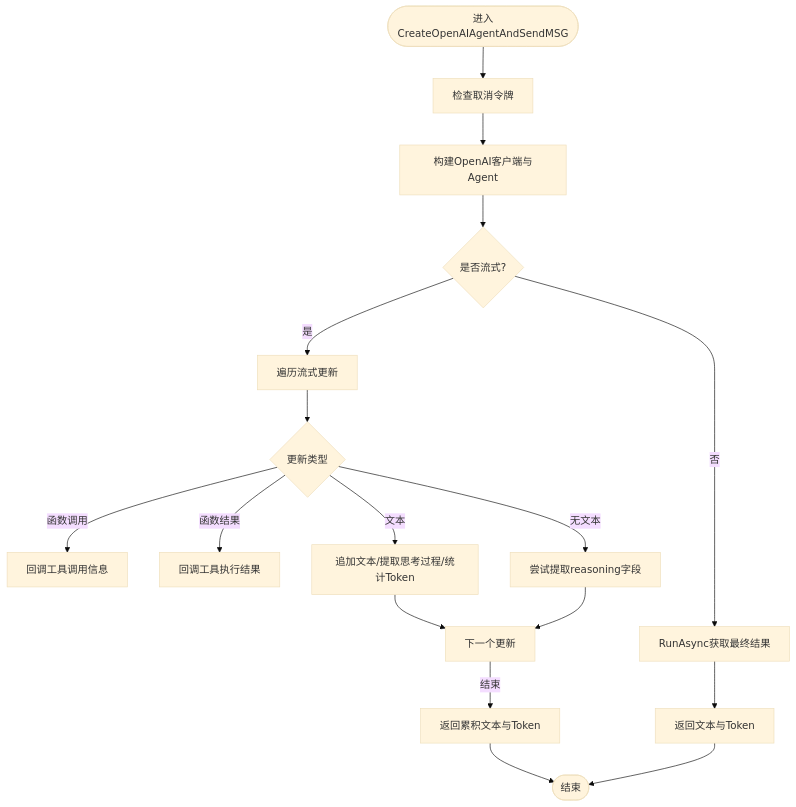
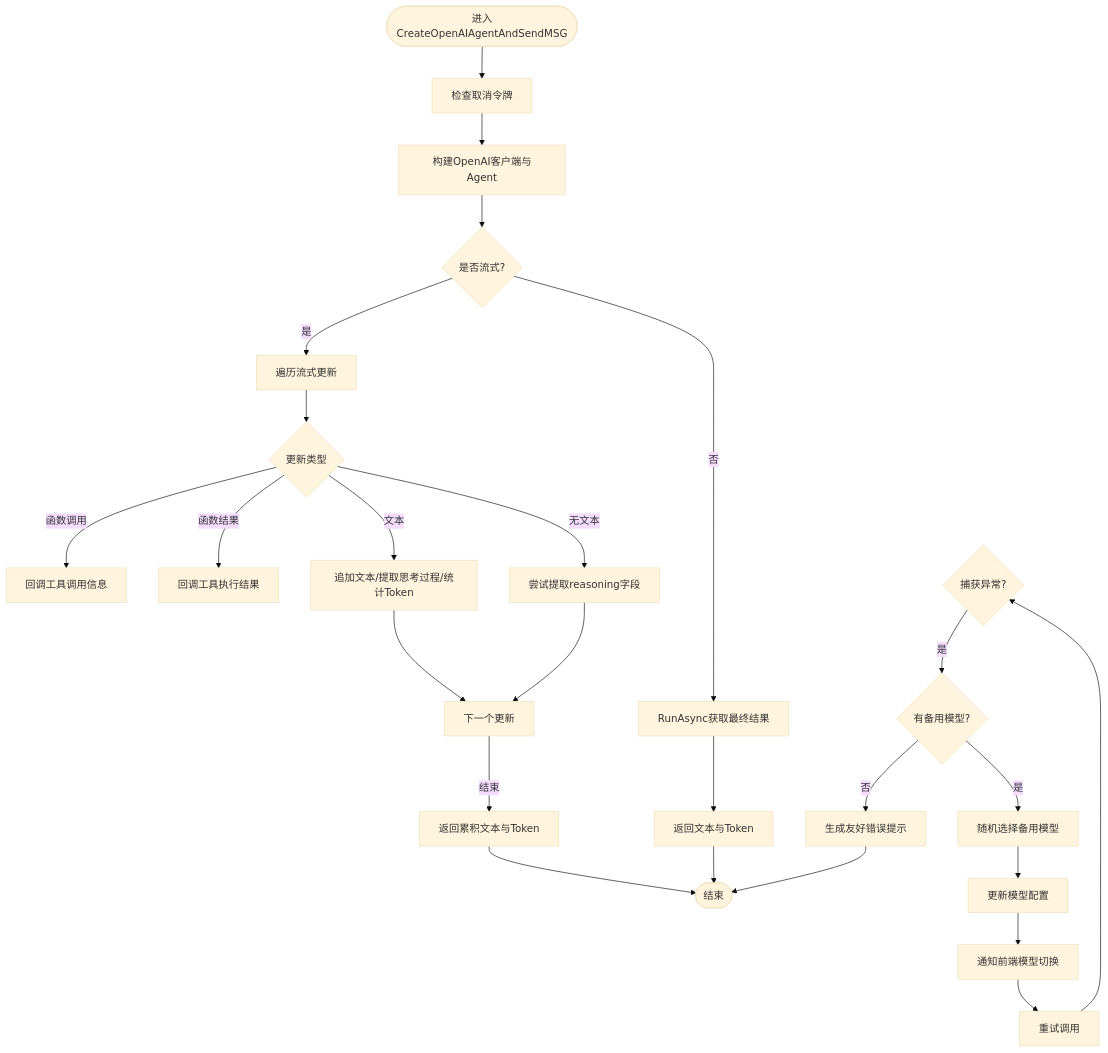
Before and after one commit to junkai-li/NetCoreKevin: the third of 7 diagrams in .qoder/repowiki/zh/content/核心模块/AI智能助手/聊天对话.md, drawn with Mermaid (base theme). The commit also changed other lines of this file and 7 other files, not shown here.

````diff
--- a/.qoder/repowiki/zh/content/核心模块/AI智能助手/聊天对话.md
+++ b/.qoder/repowiki/zh/content/核心模块/AI智能助手/聊天对话.md
@@ -132,19 +141,28 @@
 ```mermaid
 flowchart TD
 Start(["进入CreateOpenAIAgentAndSendMSG"]) --> CheckCancel["检查取消令牌"]
 CheckCancel --> BuildClient["构建OpenAI客户端与Agent"]
 BuildClient --> Mode{"是否流式?"}
 Mode -- 是 --> StreamLoop["遍历流式更新"]
 StreamLoop --> Type{"更新类型"}
 Type -- 函数调用 --> ToolCall["回调工具调用信息"]
 Type -- 函数结果 --> ToolResult["回调工具执行结果"]
 Type -- 文本 --> TextOut["追加文本/提取思考过程/统计Token"]
 Type -- 无文本 --> Reasoning["尝试提取reasoning字段"]
 TextOut --> NextUpdate["下一个更新"]
 Reasoning --> NextUpdate
 NextUpdate --> |结束| ReturnStream["返回累积文本与Token"]
 Mode -- 否 --> RunOnce["RunAsync获取最终结果"]
 RunOnce --> ReturnOnce["返回文本与Token"]
 ReturnStream --> End(["结束"])
 ReturnOnce --> End
+Error{"捕获异常?"}
+Error -- 是 --> Fallback{"有备用模型?"}
+Fallback -- 是 --> SwitchModel["随机选择备用模型"]
+SwitchModel --> UpdateConfig["更新模型配置"]
+UpdateConfig --> NotifyFront["通知前端模型切换"]
+NotifyFront --> Retry["重试调用"]
+Retry --> Error
+Fallback -- 否 --> FriendlyMsg["生成友好错误提示"]
+FriendlyMsg --> End
 ```
````
